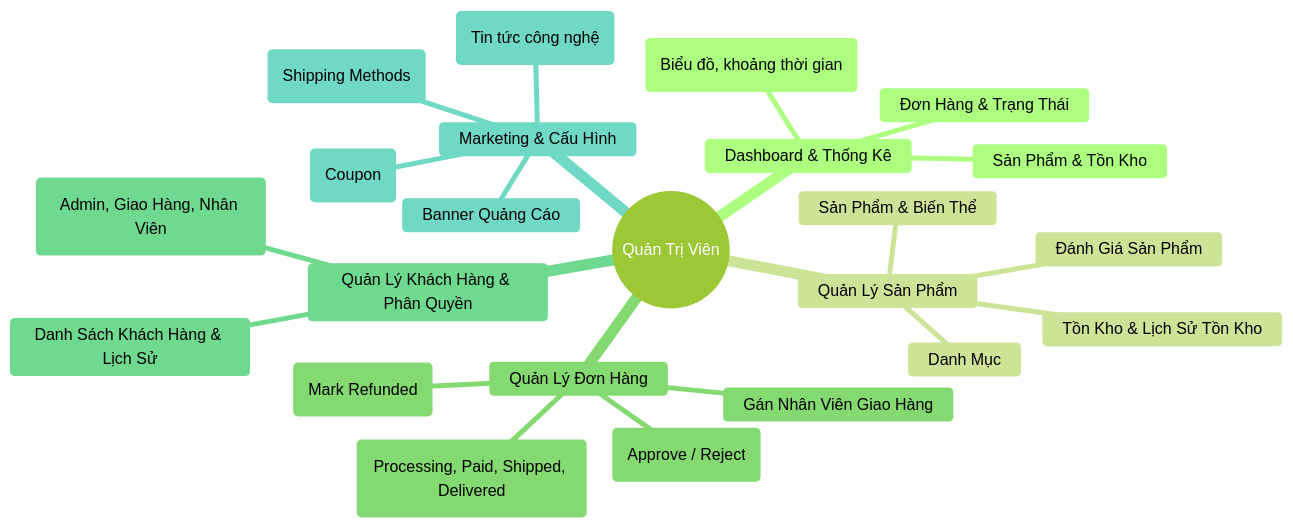
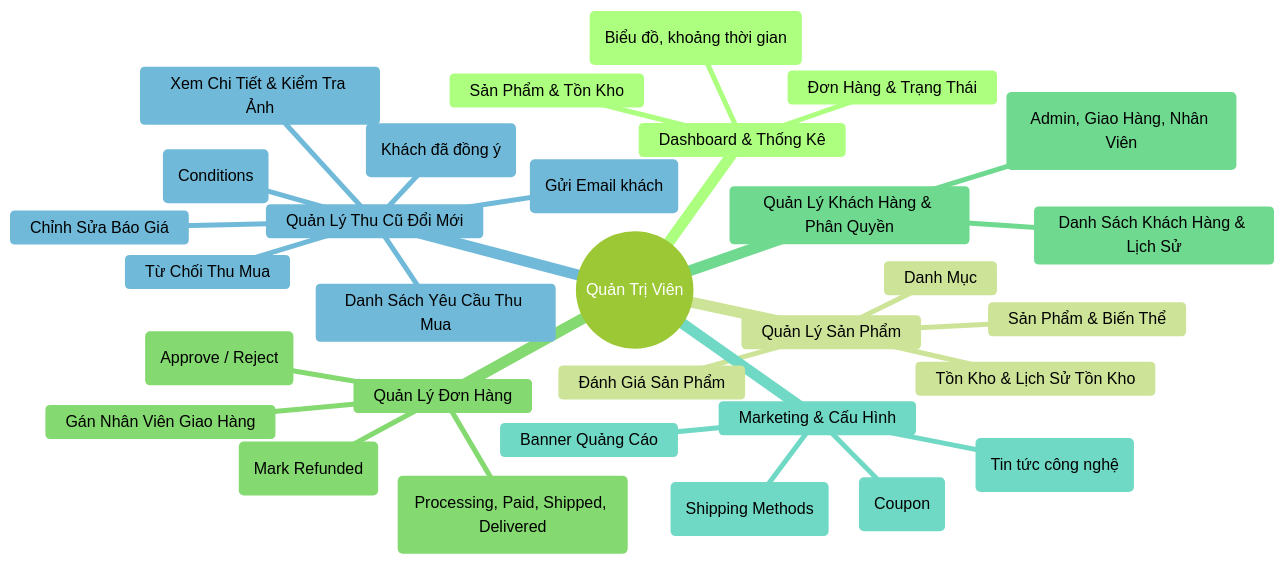
One commit to hoang07042005/E-Tech-Market changed the second of 10 diagrams in USER_FLOWS.md. Above: the diagram before and after it, drawn with Mermaid (forest theme). The commit also changed other lines of this file, not shown here.

````diff
--- a/USER_FLOWS.md
+++ b/USER_FLOWS.md
@@ -44,26 +52,34 @@
 ```mermaid
 mindmap
   root((Quản Trị Viên))
     Dashboard & Thống Kê
       Doanh Thu (Biểu đồ, khoảng thời gian)
       Đơn Hàng & Trạng Thái
       Sản Phẩm & Tồn Kho
     Quản Lý Sản Phẩm
       Danh Mục
       Sản Phẩm & Biến Thể
       Tồn Kho & Lịch Sử Tồn Kho
       Đánh Giá Sản Phẩm
     Quản Lý Đơn Hàng
       Cập Nhật Trạng Thái (Processing, Paid, Shipped, Delivered)
       Gán Nhân Viên Giao Hàng
       Duyệt/Từ chối Yêu cầu Hoàn Trả (Approve / Reject)
       Xác nhận Hoàn tiền & Nhận lại kho (Mark Refunded)
     Quản Lý Khách Hàng & Phân Quyền
       Danh Sách Khách Hàng & Lịch Sử
       Quản Lý Vai Trò (Admin, Giao Hàng, Nhân Viên)
     Marketing & Cấu Hình
       Mã Giảm Giá (Coupon)
       Banner Quảng Cáo
       Bài Viết (Tin tức công nghệ)
       Cấu Hình Vận Chuyển (Shipping Methods)
+    Quản Lý Thu Cũ Đổi Mới
+      Danh Sách Yêu Cầu Thu Mua
+      Xem Chi Tiết & Kiểm Tra Ảnh
+      Duyệt & Báo Giá (Gửi Email khách)
+      Chỉnh Sửa Báo Giá
+      Hoàn Tất Thu Mua (Khách đã đồng ý)
+      Từ Chối Thu Mua
+      Quản Lý Tiêu Chí Đánh Giá (Conditions)
 ```
````
